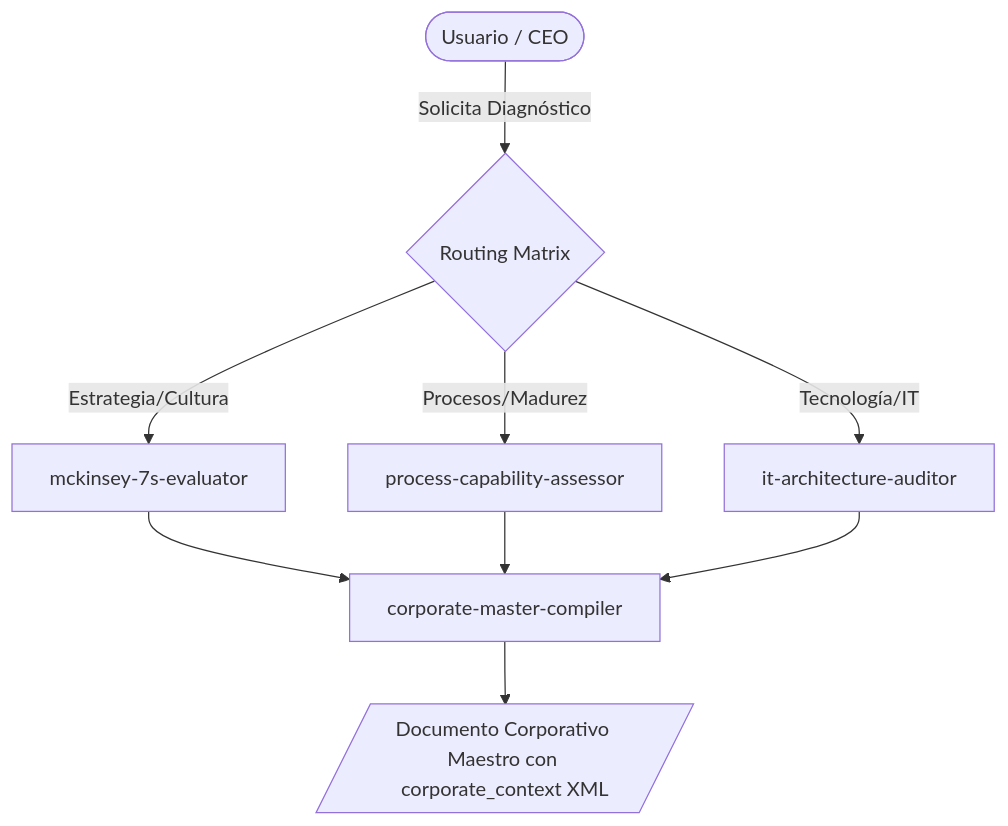
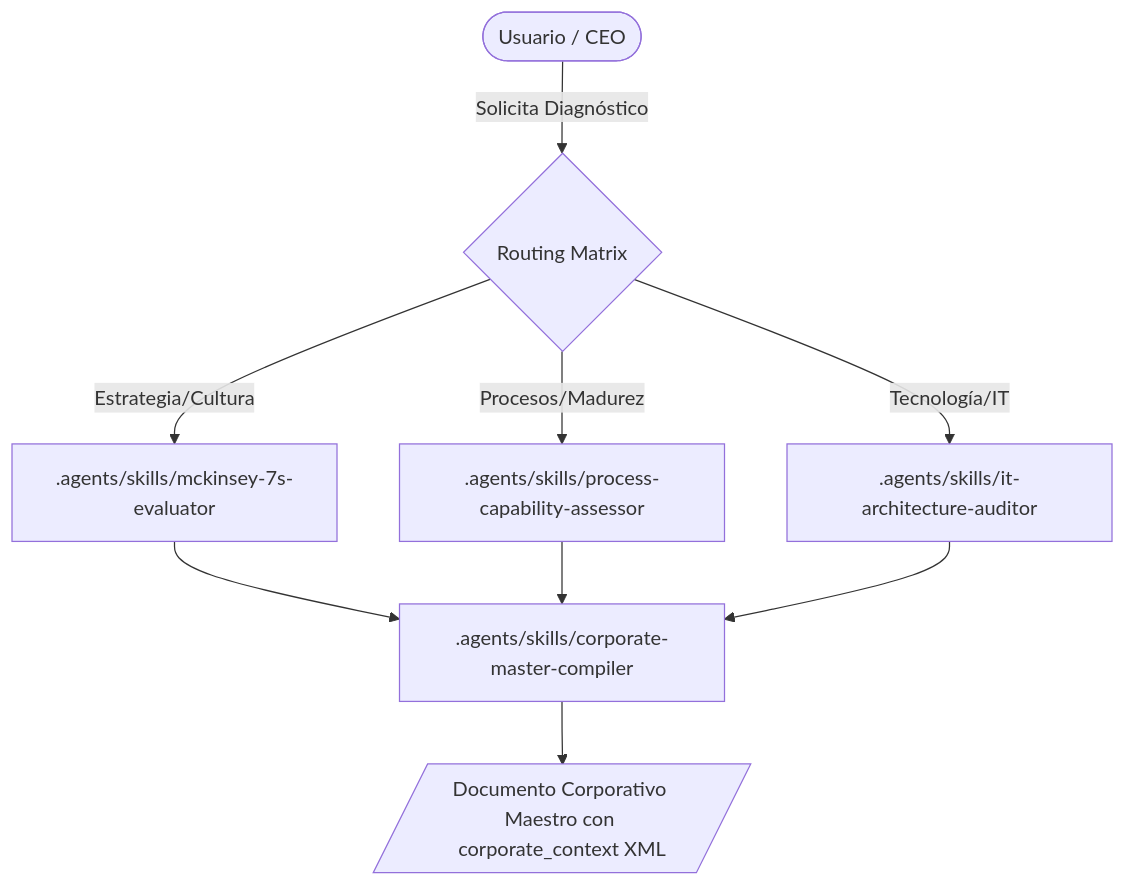
Before and after one commit to Nomackleo/agents-factory: the diagram in agents-factory/business-diagnostic-ecosystem/README.md, drawn with Mermaid. The commit also changed other lines of this file and 99 other files, not shown here.

Commit message:
chore: implement Antigravity 2.0 B2B architecture, security layers, and ecosystem audits

````diff
--- a/agents-factory/business-diagnostic-ecosystem/README.md
+++ b/agents-factory/business-diagnostic-ecosystem/README.md
@@ -14,13 +17,13 @@
 ```mermaid
 graph TD
     User([Usuario / CEO]) --> |Solicita Diagnóstico| Router{Routing Matrix}
-    Router --> |Estrategia/Cultura| A1[mckinsey-7s-evaluator]
-    Router --> |Procesos/Madurez| A2[process-capability-assessor]
-    Router --> |Tecnología/IT| A3[it-architecture-auditor]
+    Router --> |Estrategia/Cultura| A1[.agents/skills/mckinsey-7s-evaluator]
+    Router --> |Procesos/Madurez| A2[.agents/skills/process-capability-assessor]
+    Router --> |Tecnología/IT| A3[.agents/skills/it-architecture-auditor]
     
-    A1 --> C[corporate-master-compiler]
+    A1 --> C[.agents/skills/corporate-master-compiler]
     A2 --> C
     A3 --> C
     
     C --> Output[/Documento Corporativo Maestro con corporate_context XML/]
 ```
````
